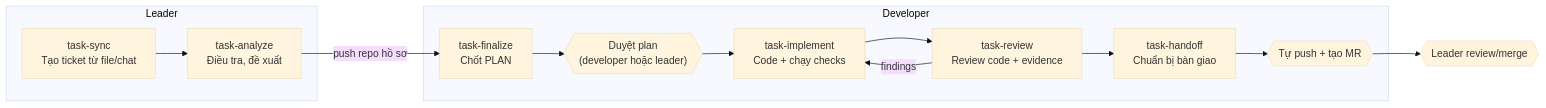
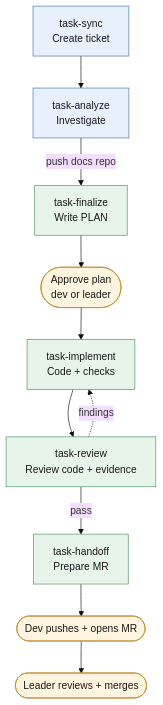
One commit to hainguyen85/ticket-workflow-kit changed the first of 6 diagrams in .agents/TASK-SKILLS-GUIDE.md. Above: the diagram before and after it, drawn with Mermaid (base theme). The commit also changed other lines of this file and 67 other files, not shown here.

````diff
--- a/.agents/TASK-SKILLS-GUIDE.md
+++ b/.agents/TASK-SKILLS-GUIDE.md
@@ -26,16 +26,15 @@
 ```mermaid
-flowchart LR
-    subgraph Leader
-        S["task-sync<br/>Tạo ticket từ file/chat"] --> A["task-analyze<br/>Điều tra, đề xuất"]
-    end
-    A -- "push repo hồ sơ" --> F
-    subgraph Developer
-        F["task-finalize<br/>Chốt PLAN"] --> P{{"Duyệt plan<br/>(developer hoặc leader)"}}
-        P --> I["task-implement<br/>Code + chạy checks"]
-        I --> R["task-review<br/>Review code + evidence"]
-        R -- findings --> I
-        R --> H["task-handoff<br/>Chuẩn bị bàn giao"]
-        H --> M{{"Tự push + tạo MR"}}
-    end
-    M --> L{{"Leader review/merge"}}
+flowchart TD
+    S["task-sync<br/>Create ticket"]:::leader --> A["task-analyze<br/>Investigate"]:::leader
+    A -- "push docs repo" --> F["task-finalize<br/>Write PLAN"]:::dev
+    F --> P(["Approve plan<br/>dev or leader"]):::gate
+    P --> I["task-implement<br/>Code + checks"]:::dev
+    I --> R["task-review<br/>Review code + evidence"]:::dev
+    R -. "findings" .-> I
+    R -- "pass" --> H["task-handoff<br/>Prepare MR"]:::dev
+    H --> M(["Dev pushes + opens MR"]):::gate
+    M --> L(["Leader reviews + merges"]):::gate
+    classDef leader fill:#e8f0fe,stroke:#4a6fa5,color:#1a1a1a
+    classDef dev fill:#e6f4ea,stroke:#4a8f5f,color:#1a1a1a
+    classDef gate fill:#fff4e0,stroke:#c08a2e,color:#1a1a1a
 ```
````
